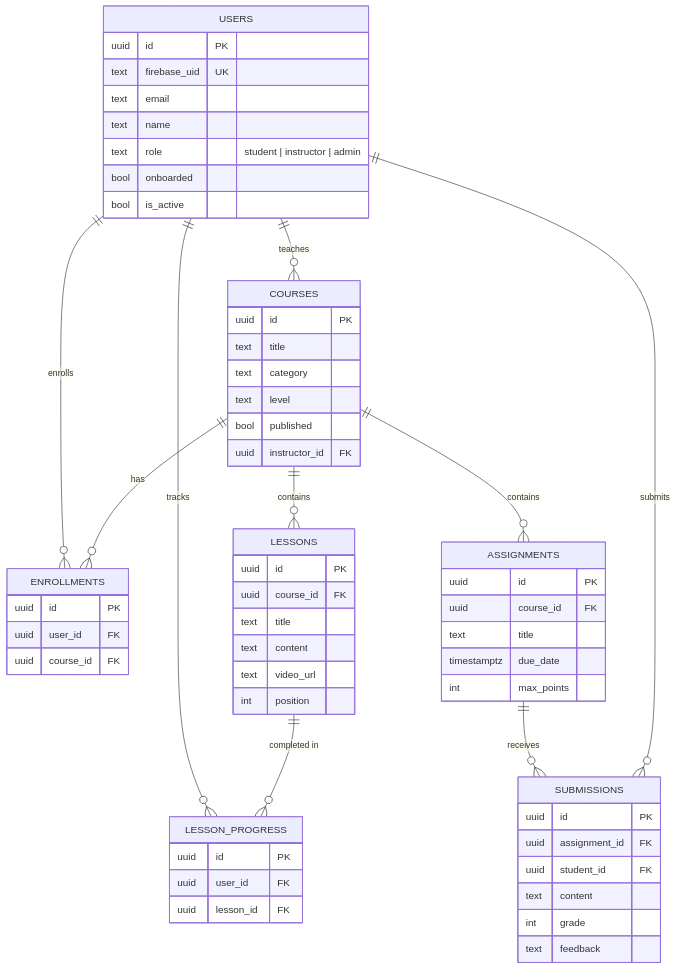
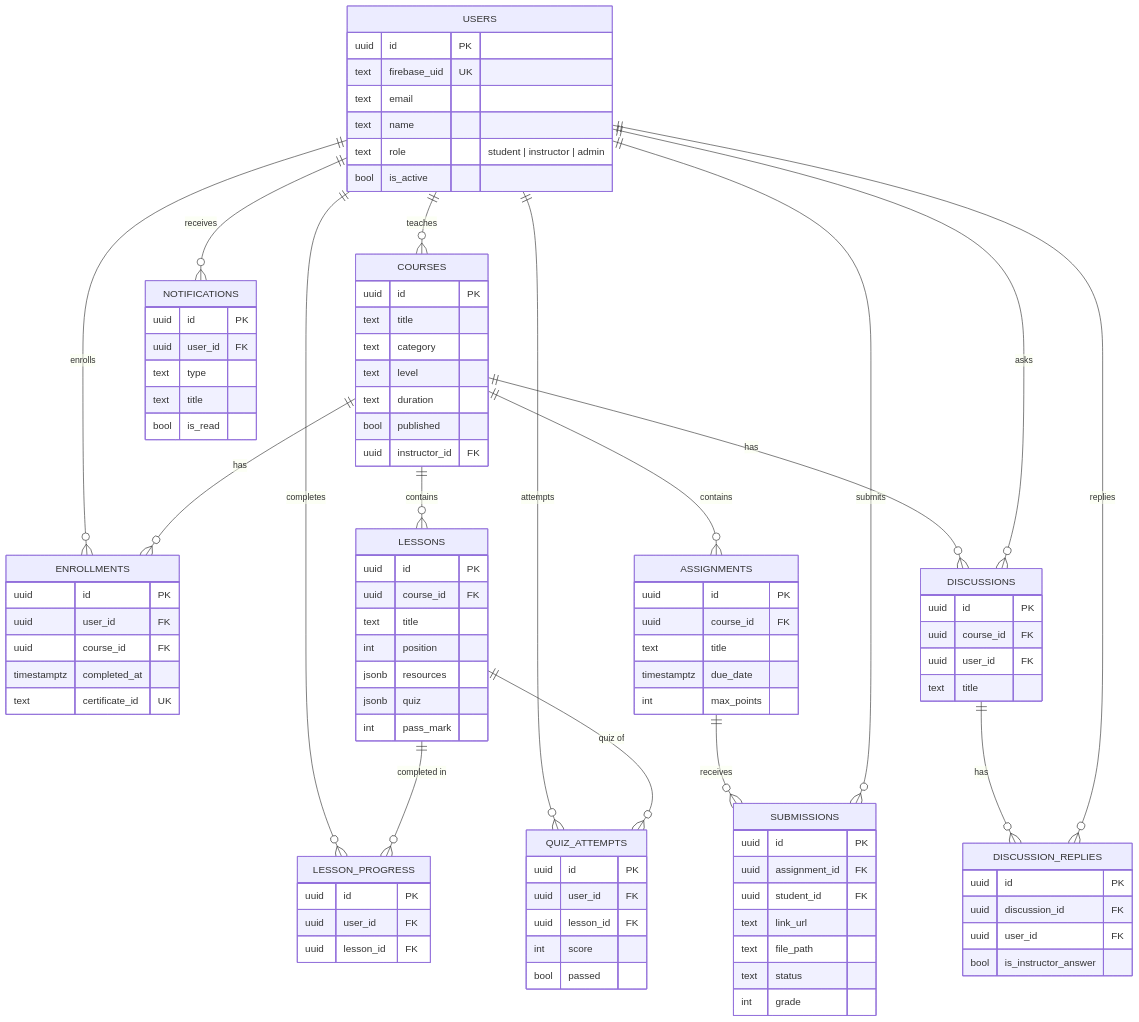
Before and after one commit to abhyudaysaksena06/QuillanceMaajorProject_1: the diagram in database/ER-diagram.md, drawn with Mermaid. The commit also changed 11 other files, not shown here.

Commit message:
Rewrite README, report and docs in plain language; update ER diagram

````diff
--- a/database/ER-diagram.md
+++ b/database/ER-diagram.md
@@ -3,49 +3,78 @@
 ```mermaid
 erDiagram
     USERS ||--o{ COURSES : "teaches"
     USERS ||--o{ ENROLLMENTS : "enrolls"
     COURSES ||--o{ ENROLLMENTS : "has"
     COURSES ||--o{ LESSONS : "contains"
     COURSES ||--o{ ASSIGNMENTS : "contains"
-    USERS ||--o{ LESSON_PROGRESS : "tracks"
+    COURSES ||--o{ DISCUSSIONS : "has"
+    USERS ||--o{ LESSON_PROGRESS : "completes"
     LESSONS ||--o{ LESSON_PROGRESS : "completed in"
+    USERS ||--o{ QUIZ_ATTEMPTS : "attempts"
+    LESSONS ||--o{ QUIZ_ATTEMPTS : "quiz of"
     ASSIGNMENTS ||--o{ SUBMISSIONS : "receives"
     USERS ||--o{ SUBMISSIONS : "submits"
+    DISCUSSIONS ||--o{ DISCUSSION_REPLIES : "has"
+    USERS ||--o{ DISCUSSIONS : "asks"
+    USERS ||--o{ DISCUSSION_REPLIES : "replies"
+    USERS ||--o{ NOTIFICATIONS : "receives"
 
     USERS { uuid id PK
       text firebase_uid UK
       text email
       text name
       text role "student | instructor | admin"
-      bool onboarded
       bool is_active }
     COURSES { uuid id PK
       text title
       text category
       text level
+      text duration
       bool published
       uuid instructor_id FK }
     LESSONS { uuid id PK
       uuid course_id FK
       text title
-      text content
-      text video_url
-      int position }
+      int position
+      jsonb resources
+      jsonb quiz
+      int pass_mark }
     ENROLLMENTS { uuid id PK
       uuid user_id FK
-      uuid course_id FK }
+      uuid course_id FK
+      timestamptz completed_at
+      text certificate_id UK }
     LESSON_PROGRESS { uuid id PK
       uuid user_id FK
       uuid lesson_id FK }
+    QUIZ_ATTEMPTS { uuid id PK
+      uuid user_id FK
+      uuid lesson_id FK
+      int score
+      bool passed }
     ASSIGNMENTS { uuid id PK
       uuid course_id FK
       text title
       timestamptz due_date
       int max_points }
     SUBMISSIONS { uuid id PK
       uuid assignment_id FK
       uuid student_id FK
-      text content
-      int grade
-      text feedback }
+      text link_url
+      text file_path
+      text status
+      int grade }
+    DISCUSSIONS { uuid id PK
+      uuid course_id FK
+      uuid user_id FK
+      text title }
+    DISCUSSION_REPLIES { uuid id PK
+      uuid discussion_id FK
+      uuid user_id FK
+      bool is_instructor_answer }
+    NOTIFICATIONS { uuid id PK
+      uuid user_id FK
+      text type
+      text title
+      bool is_read }
 ```
````
